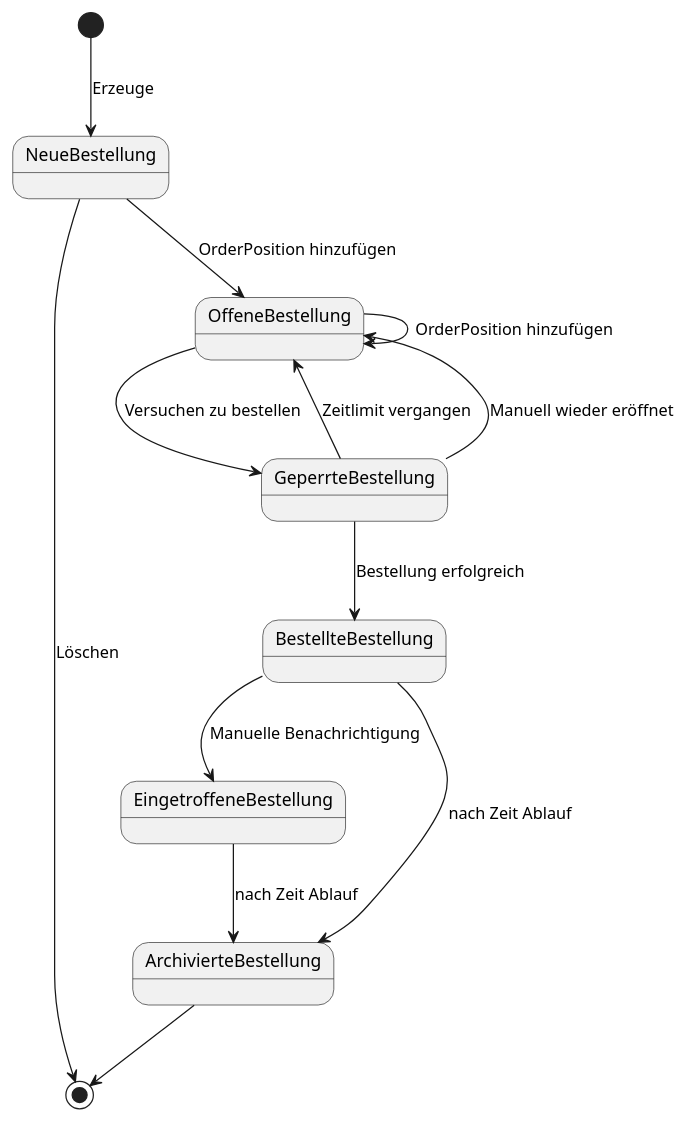
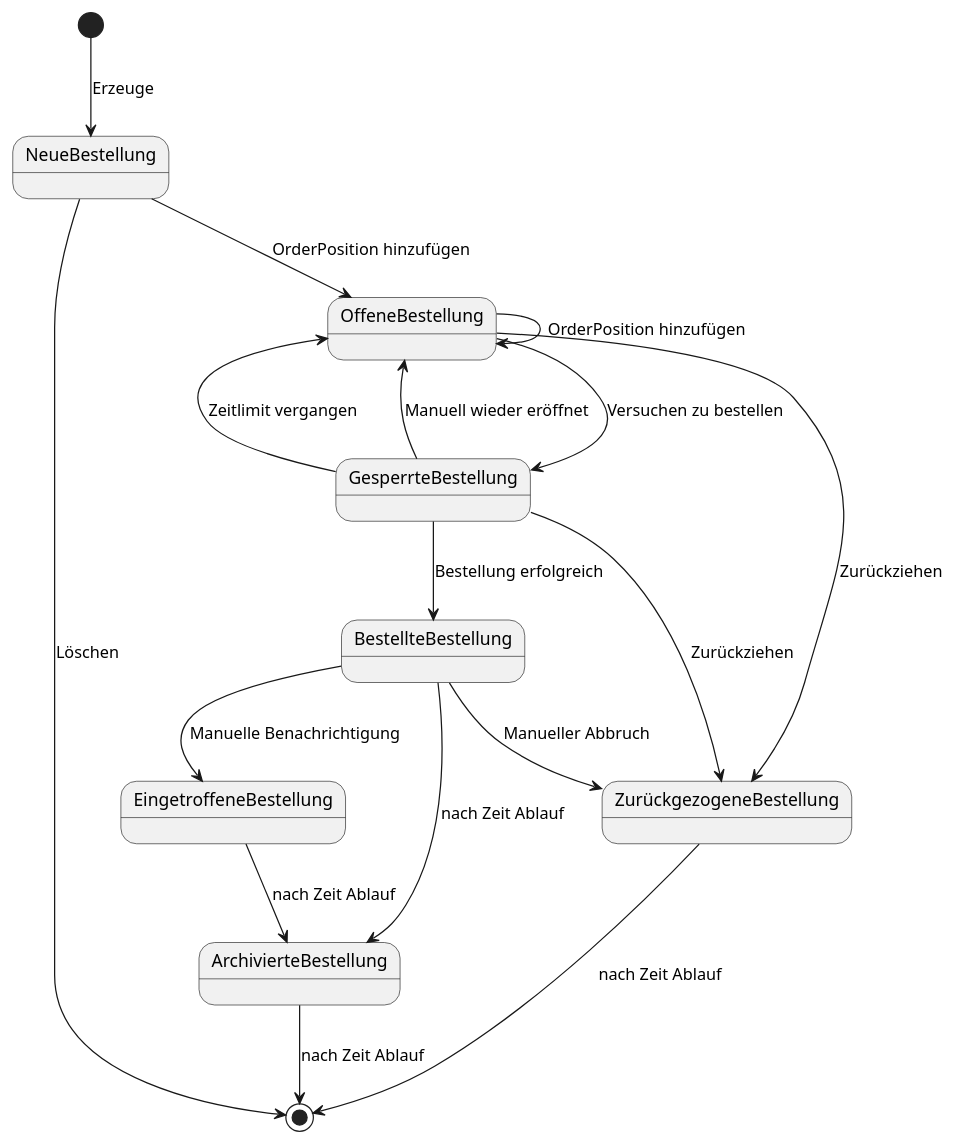
One commit to Skym0sh0/in-the-mealtime changed the diagram in order-states.puml. Above: the diagram before and after it, drawn with PlantUML. The commit also changed 5 other files, not shown here.

```diff
--- a/order-states.puml
+++ b/order-states.puml
@@ -1,21 +1,27 @@
 @startuml
 [*] --> NeueBestellung : Erzeuge
 
 NeueBestellung -->[*]: Löschen
 
 NeueBestellung --> OffeneBestellung : OrderPosition hinzufügen
 OffeneBestellung --> OffeneBestellung : OrderPosition hinzufügen
 
-OffeneBestellung --> GeperrteBestellung : Versuchen zu bestellen
-GeperrteBestellung --> OffeneBestellung : Zeitlimit vergangen
-GeperrteBestellung --> OffeneBestellung : Manuell wieder eröffnet
-GeperrteBestellung --> BestellteBestellung: Bestellung erfolgreich
+OffeneBestellung --> GesperrteBestellung : Versuchen zu bestellen
+GesperrteBestellung --> OffeneBestellung : Zeitlimit vergangen
+GesperrteBestellung --> OffeneBestellung : Manuell wieder eröffnet
+GesperrteBestellung --> BestellteBestellung: Bestellung erfolgreich
+
+OffeneBestellung --> ZurückgezogeneBestellung : Zurückziehen
+GesperrteBestellung --> ZurückgezogeneBestellung : Zurückziehen
+ZurückgezogeneBestellung --> [*] : nach Zeit Ablauf
 
 BestellteBestellung --> EingetroffeneBestellung : Manuelle Benachrichtigung
+
+BestellteBestellung --> ZurückgezogeneBestellung : Manueller Abbruch
 
 BestellteBestellung --> ArchivierteBestellung: nach Zeit Ablauf
 EingetroffeneBestellung --> ArchivierteBestellung: nach Zeit Ablauf
 
-ArchivierteBestellung--> [*]
+ArchivierteBestellung --> [*] : nach Zeit Ablauf
 
 @enduml
```
